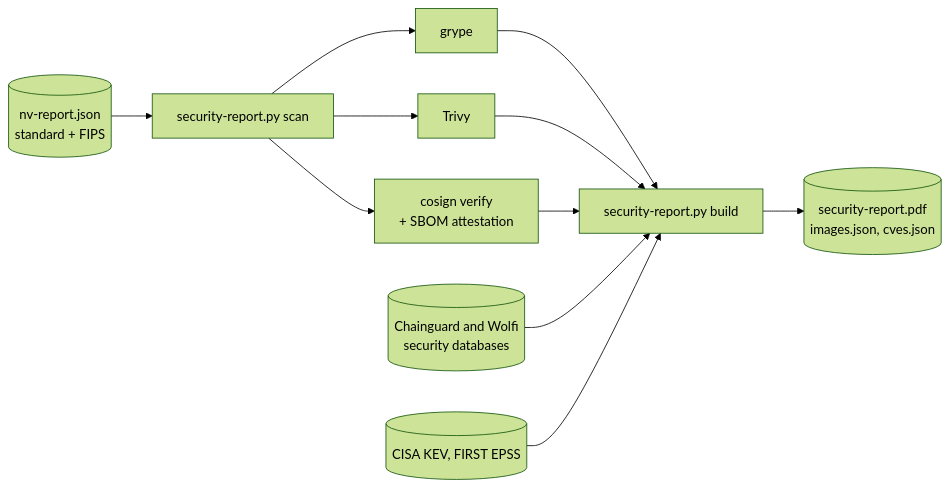
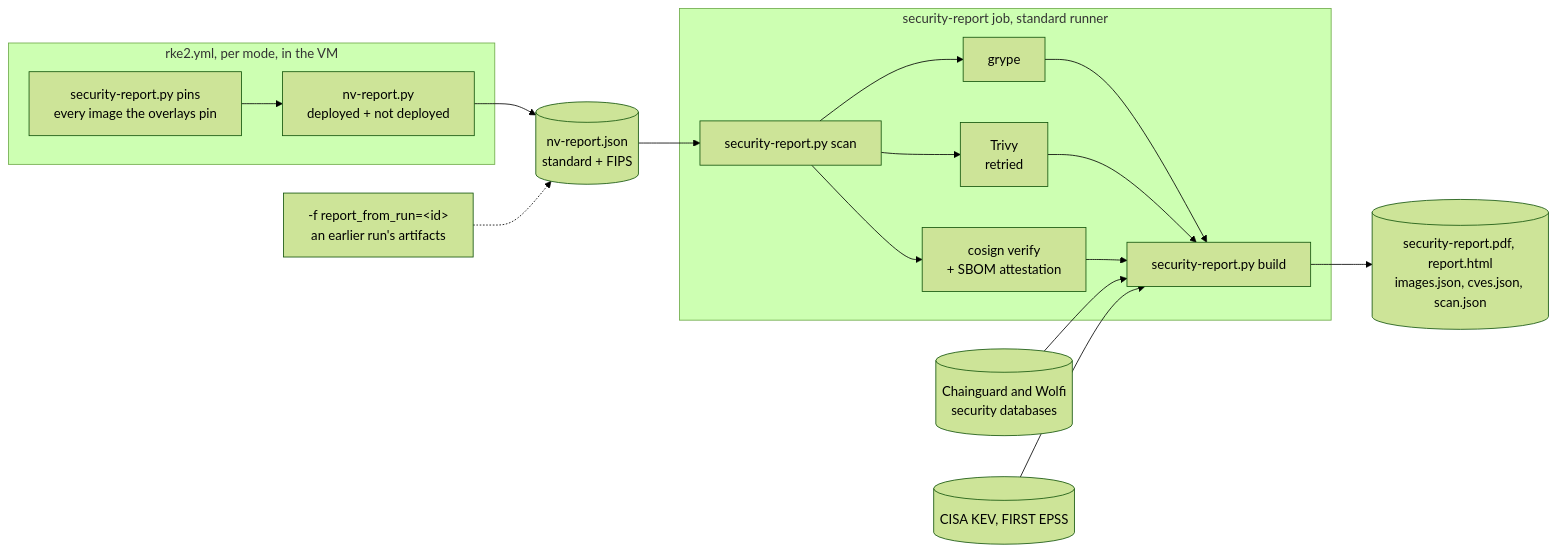
Before and after one commit to Zapata-Technology/bigbang-chainguard: the third of 4 diagrams in docs/testing.md, drawn with Mermaid (forest theme). The commit also changed other lines of this file and 4 other files, not shown here.

First line of the commit message:
docs: security report diagrams, report_from_run, 2026-11-25 results (#358)

````diff
--- a/docs/testing.md
+++ b/docs/testing.md
@@ -508,9 +525,16 @@
 ```mermaid
 flowchart LR
-    N[(nv-report.json<br/>standard + FIPS)] --> S[security-report.py scan]
-    S --> G[grype] & T[Trivy] & C[cosign verify<br/>+ SBOM attestation]
-    G & T & C --> B[security-report.py build]
+    subgraph vm[rke2.yml, per mode, in the VM]
+        PI[security-report.py pins<br/>every image the overlays pin] --> NR[nv-report.py<br/>deployed + not deployed]
+    end
+    NR --> N[(nv-report.json<br/>standard + FIPS)]
+    PR["-f report_from_run=&lt;id&gt;<br/>an earlier run's artifacts"] -.-> N
+    subgraph sr[security-report job, standard runner]
+        S[security-report.py scan] --> G[grype] & T[Trivy<br/>retried] & C[cosign verify<br/>+ SBOM attestation]
+        G & T & C --> B[security-report.py build]
+    end
+    N --> S
     A[(Chainguard and Wolfi<br/>security databases)] --> B
     K[(CISA KEV, FIRST EPSS)] --> B
-    B --> O[(security-report.pdf<br/>images.json, cves.json)]
+    B --> O[(security-report.pdf, report.html<br/>images.json, cves.json, scan.json)]
 ```
````
